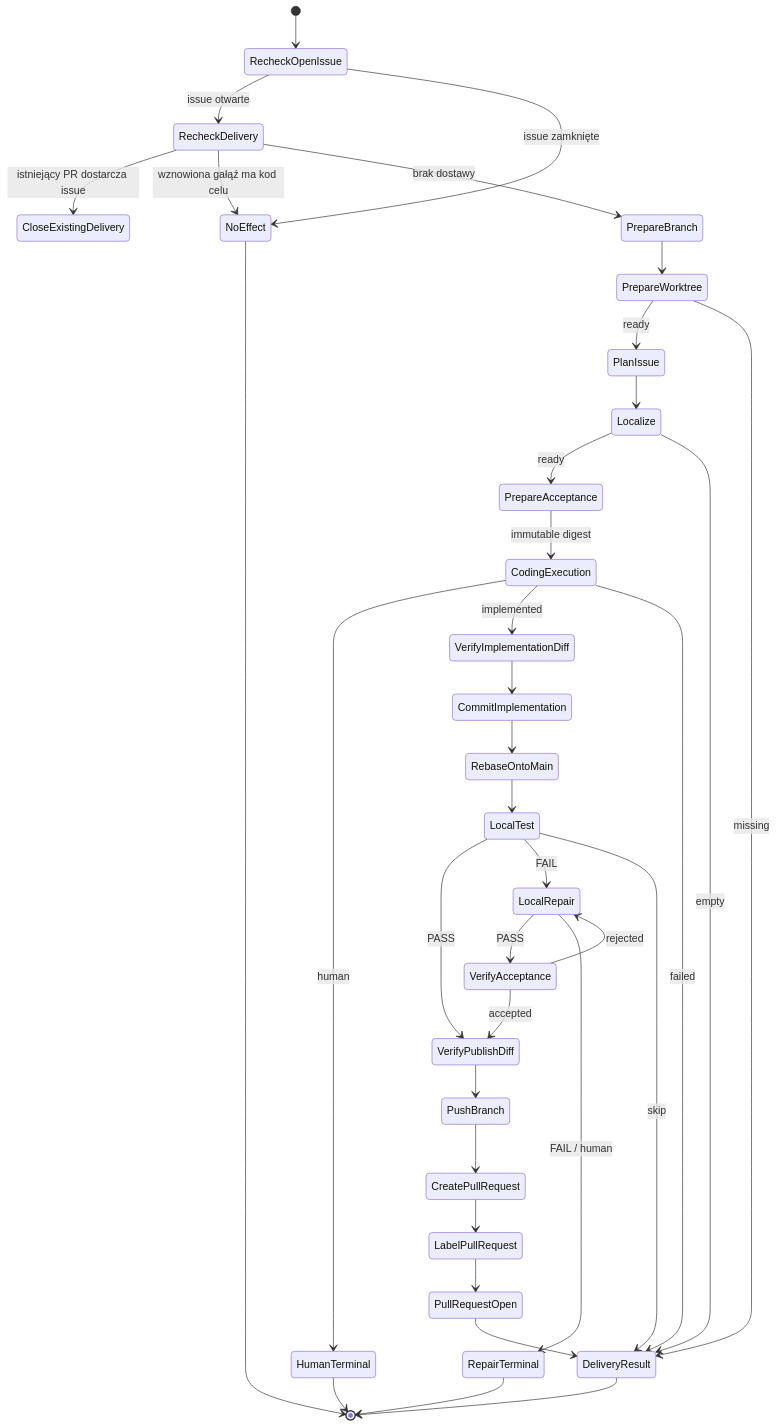
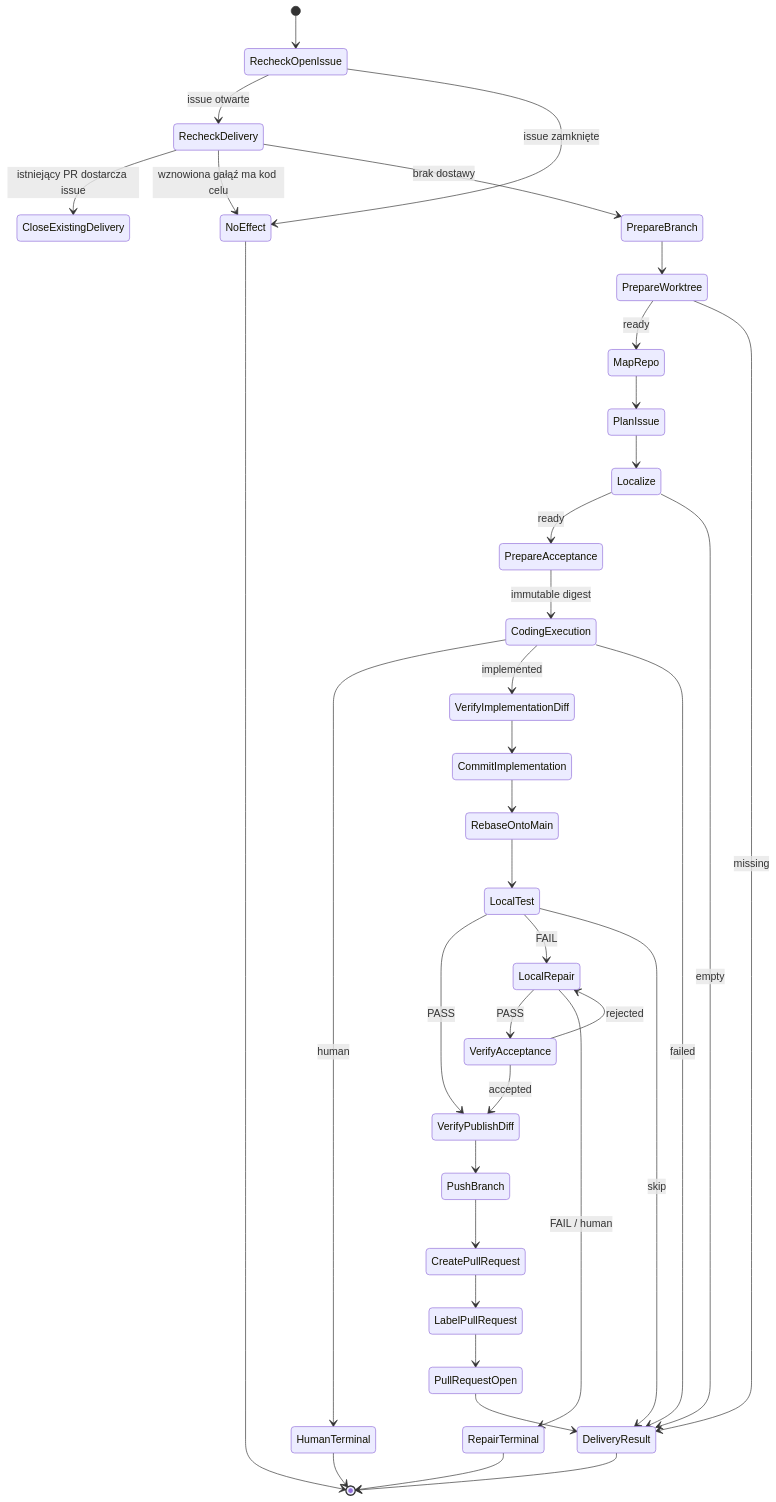
Diagram 39 of 44 in README.md (mikolaj92/lokay), drawn with Mermaid before and after one commit. The commit also changed other lines of this file and 24 other files, not shown here.

````diff
--- a/README.md
+++ b/README.md
@@ -1188,38 +1189,39 @@
 ```mermaid
 stateDiagram-v2
     [*] --> RecheckOpenIssue
     RecheckOpenIssue --> RecheckDelivery: issue otwarte
     RecheckOpenIssue --> NoEffect: issue zamknięte
     RecheckDelivery --> CloseExistingDelivery: istniejący PR dostarcza issue
     RecheckDelivery --> NoEffect: wznowiona gałąź ma kod celu
     RecheckDelivery --> PrepareBranch: brak dostawy
     PrepareBranch --> PrepareWorktree
-    PrepareWorktree --> PlanIssue: ready
+    PrepareWorktree --> MapRepo: ready
     PrepareWorktree --> DeliveryResult: missing
+    MapRepo --> PlanIssue
     PlanIssue --> Localize
     Localize --> PrepareAcceptance: ready
     PrepareAcceptance --> CodingExecution: immutable digest
     Localize --> DeliveryResult: empty
     CodingExecution --> HumanTerminal: human
     CodingExecution --> VerifyImplementationDiff: implemented
     CodingExecution --> DeliveryResult: failed
     VerifyImplementationDiff --> CommitImplementation
     CommitImplementation --> RebaseOntoMain
     RebaseOntoMain --> LocalTest
     LocalTest --> VerifyPublishDiff: PASS
     LocalTest --> LocalRepair: FAIL
     LocalTest --> DeliveryResult: skip
     LocalRepair --> VerifyAcceptance: PASS
     VerifyAcceptance --> VerifyPublishDiff: accepted
     VerifyAcceptance --> LocalRepair: rejected
     LocalRepair --> RepairTerminal: FAIL / human
     VerifyPublishDiff --> PushBranch
     PushBranch --> CreatePullRequest
     CreatePullRequest --> LabelPullRequest
     LabelPullRequest --> PullRequestOpen
     PullRequestOpen --> DeliveryResult
     DeliveryResult --> [*]
     NoEffect --> [*]
     HumanTerminal --> [*]
     RepairTerminal --> [*]
 ```
````
